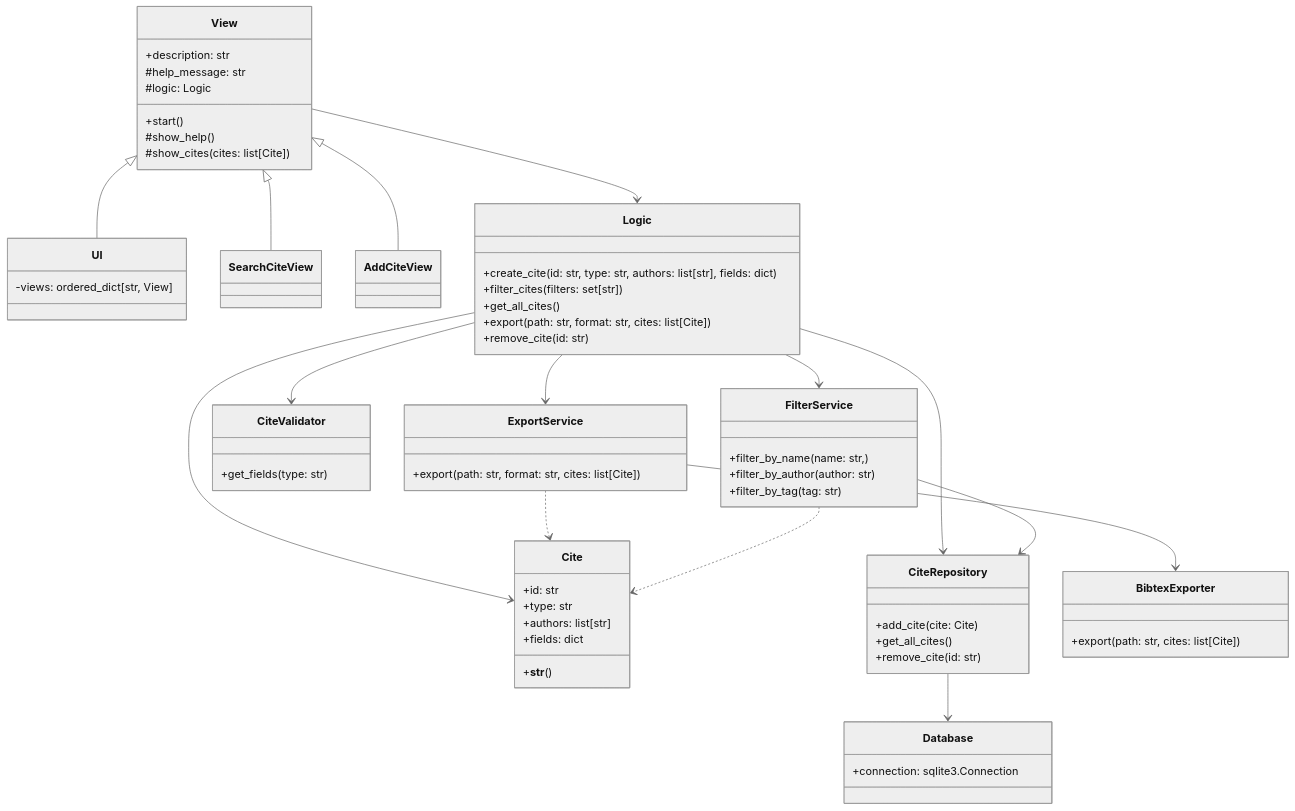
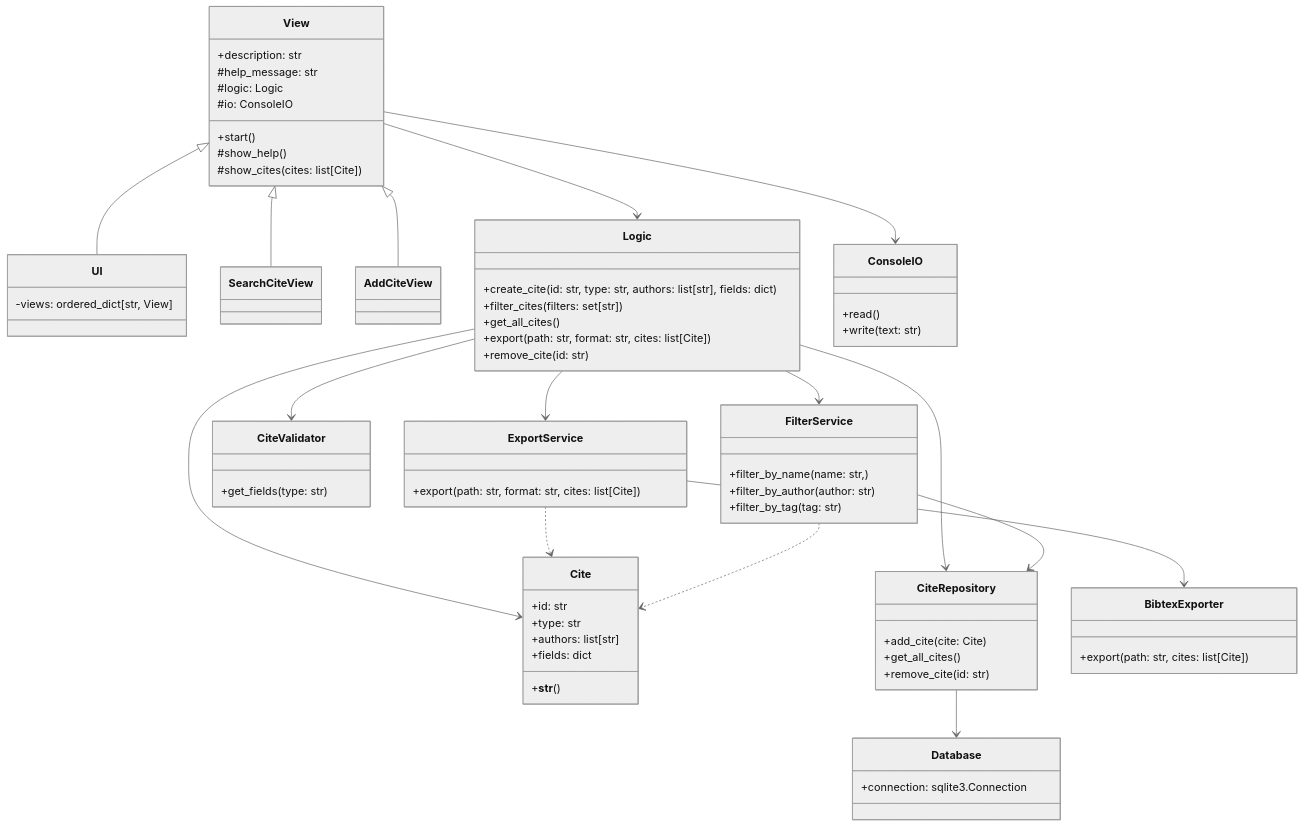
One commit to TheJiahao/ohtu-miniprojekti changed the second of 2 diagrams in docs/arkkitehtuuri.md. Above: the diagram before and after it, drawn with Mermaid (neutral theme).

Commit message:
Add ConsoleIO to arkkitehtuuri.md

```diff
--- a/docs/arkkitehtuuri.md
+++ b/docs/arkkitehtuuri.md
@@ -27,6 +27,7 @@
 View <|-- SearchCiteView
 View <|-- AddCiteView
 View --> Logic
+View --> ConsoleIO
 
 Logic --> Cite
 Logic --> CiteRepository
@@ -42,10 +43,16 @@
 
 CiteRepository --> Database
 
+class ConsoleIO {
+    +read()
+    +write(text: str)
+}
+
 class View {
     +description: str
     #help_message: str
     #logic: Logic
+    #io: ConsoleIO
     +start()
     #show_help()
     #show_cites(cites: list[Cite])
```
